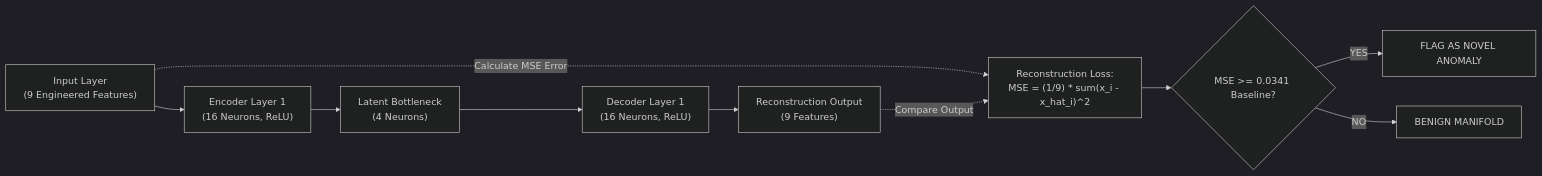
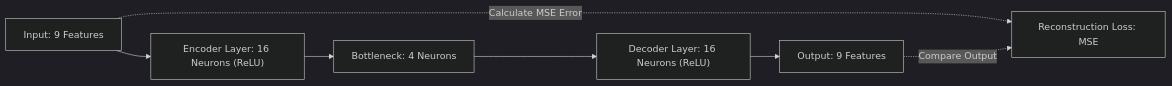
The ninth of 14 diagrams in documentation.md (BharathKumar113/anti_money_laundering), drawn with Mermaid (dark theme) before and after one commit. The commit also changed other lines of this file, not shown here.

Commit message:
docs: finalize full-length academic documentation with dual-rendered UML and architecture diagrams

````diff
--- a/documentation.md
+++ b/documentation.md
@@ -515,13 +632,9 @@
 ```mermaid
 flowchart LR
-    In["Input Layer<br/>(9 Engineered Features)"] --> Enc1["Encoder Layer 1<br/>(16 Neurons, ReLU)"]
-    Enc1 --> Bottleneck["Latent Bottleneck<br/>(4 Neurons)"]
-    Bottleneck --> Dec1["Decoder Layer 1<br/>(16 Neurons, ReLU)"]
-    Dec1 --> Out["Reconstruction Output<br/>(9 Features)"]
-    
-    In -.->|"Calculate MSE Error"| Loss["Reconstruction Loss:<br/>MSE = (1/9) * sum(x_i - x_hat_i)^2"]
+    In["Input: 9 Features"] --> Enc["Encoder Layer: 16 Neurons (ReLU)"]
+    Enc --> Bottle["Bottleneck: 4 Neurons"]
+    Bottle --> Dec["Decoder Layer: 16 Neurons (ReLU)"]
+    Dec --> Out["Output: 9 Features"]
+    In -.->|"Calculate MSE Error"| Loss["Reconstruction Loss: MSE"]
     Out -.->|"Compare Output"| Loss
-    Loss --> Threshold{"MSE >= 0.0341 Baseline?"}
-    Threshold -->|"YES"| FlagAnomaly["FLAG AS NOVEL ANOMALY"]
-    Threshold -->|"NO"| CleanTx["BENIGN MANIFOLD"]
 ```
````
